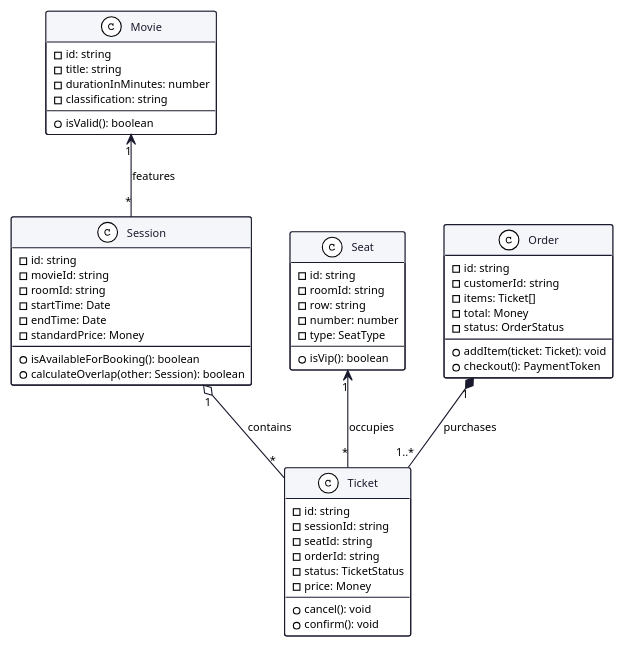
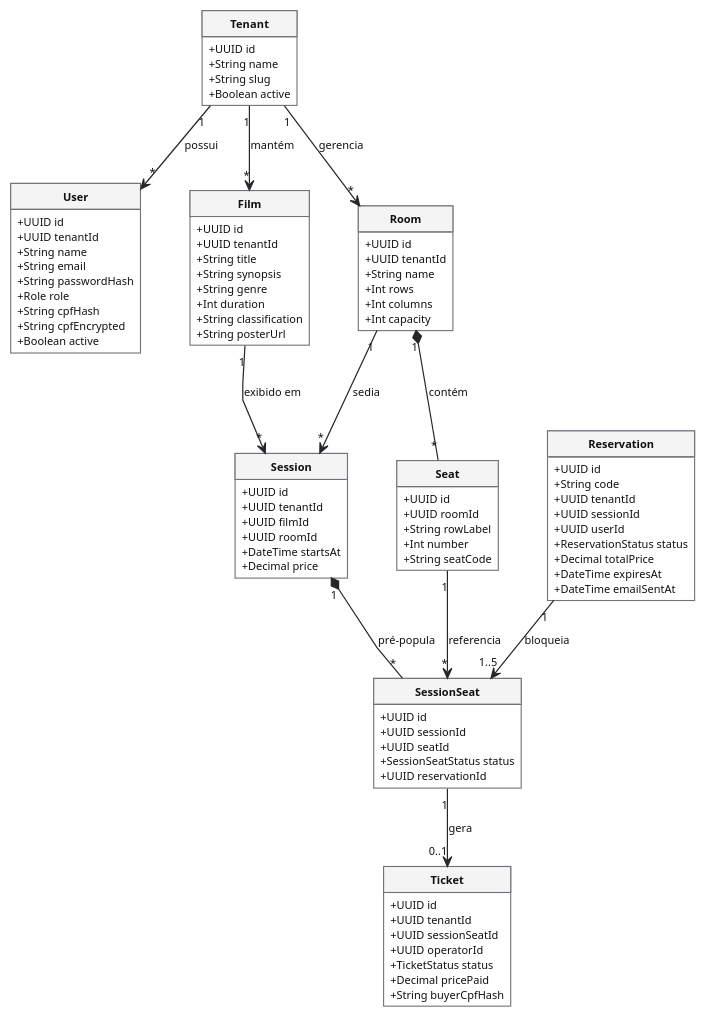
Before and after one commit to CINESOFT-SOLUTIONS/manual-processos-software: the diagram in assets/capitulo-05/diagramas/diagrama-classes-dominio.puml, drawn with PlantUML. The commit also changed 21 other files, not shown here.

Commit message:
Cap 5: Apenas 2 diagramas

```diff
--- a/assets/capitulo-05/diagramas/diagrama-classes-dominio.puml
+++ b/assets/capitulo-05/diagramas/diagrama-classes-dominio.puml
@@ -1,69 +1,134 @@
-@startuml diagrama-classes-dominio
-!theme plain
+@startuml
+top to bottom direction
+
+skinparam shadowing false
+skinparam roundCorner 0
 skinparam backgroundColor #FFFFFF
-skinparam defaultFontName Helvetica
-skinparam defaultFontSize 10
-skinparam roundCorner 4
-skinparam shadowing false
+skinparam defaultFontName "Arial"
+skinparam defaultFontSize 11
+skinparam defaultFontColor #111111
+
+skinparam nodesep 45
+skinparam ranksep 55
+skinparam linetype polyline
+skinparam classAttributeIconSize 0
+
+hide circle
+hide empty methods
+
 skinparam class {
-  BackgroundColor #FFFFFF
-  BorderColor #1A1A2E
-  ArrowColor #1A1A2E
-  FontColor #1A1A2E
-  HeaderBackgroundColor #F4F6F9
+    BackgroundColor #FFFFFF
+    HeaderBackgroundColor #F4F4F5
+    BorderColor #71717A
+    BorderThickness 1
+    FontColor #111111
+    FontStyle bold
+    AttributeFontColor #111111
+    AttributeFontSize 10
 }
 
-class Movie {
-  - id: string
-  - title: string
-  - durationInMinutes: number
-  - classification: string
-  + isValid(): boolean
+skinparam arrow {
+    Color #27272A
+    FontColor #111111
+    FontSize 10
+    Thickness 1.1
+}
+
+class Tenant {
+    +UUID id
+    +String name
+    +String slug
+    +Boolean active
+}
+
+class User {
+    +UUID id
+    +UUID tenantId
+    +String name
+    +String email
+    +String passwordHash
+    +Role role
+    +String cpfHash
+    +String cpfEncrypted
+    +Boolean active
+}
+
+class Film {
+    +UUID id
+    +UUID tenantId
+    +String title
+    +String synopsis
+    +String genre
+    +Int duration
+    +String classification
+    +String posterUrl
+}
+
+class Room {
+    +UUID id
+    +UUID tenantId
+    +String name
+    +Int rows
+    +Int columns
+    +Int capacity
+}
+
+class Seat {
+    +UUID id
+    +UUID roomId
+    +String rowLabel
+    +Int number
+    +String seatCode
 }
 
 class Session {
-  - id: string
-  - movieId: string
-  - roomId: string
-  - startTime: Date
-  - endTime: Date
-  - standardPrice: Money
-  + isAvailableForBooking(): boolean
-  + calculateOverlap(other: Session): boolean
+    +UUID id
+    +UUID tenantId
+    +UUID filmId
+    +UUID roomId
+    +DateTime startsAt
+    +Decimal price
 }
 
-class Seat {
-  - id: string
-  - roomId: string
-  - row: string
-  - number: number
-  - type: SeatType
-  + isVip(): boolean
+class SessionSeat {
+    +UUID id
+    +UUID sessionId
+    +UUID seatId
+    +SessionSeatStatus status
+    +UUID reservationId
+}
+
+class Reservation {
+    +UUID id
+    +String code
+    +UUID tenantId
+    +UUID sessionId
+    +UUID userId
+    +ReservationStatus status
+    +Decimal totalPrice
+    +DateTime expiresAt
+    +DateTime emailSentAt
 }
 
 class Ticket {
-  - id: string
-  - sessionId: string
-  - seatId: string
-  - orderId: string
-  - status: TicketStatus
-  - price: Money
-  + cancel(): void
-  + confirm(): void
+    +UUID id
+    +UUID tenantId
+    +UUID sessionSeatId
+    +UUID operatorId
+    +TicketStatus status
+    +Decimal pricePaid
+    +String buyerCpfHash
 }
 
-class Order {
-  - id: string
-  - customerId: string
-  - items: Ticket[]
-  - total: Money
-  - status: OrderStatus
-  + addItem(ticket: Ticket): void
-  + checkout(): PaymentToken
-}
+Tenant "1" --> "*" User : possui
+Tenant "1" --> "*" Film : mantém
+Tenant "1" --> "*" Room : gerencia
+Room "1" *-- "*" Seat : contém
+Film "1" --> "*" Session : exibido em
+Room "1" --> "*" Session : sedia
+Session "1" *-- "*" SessionSeat : pré-popula
+Seat "1" --> "*" SessionSeat : referencia
+Reservation "1" --> "1..5" SessionSeat : bloqueia
+SessionSeat "1" --> "0..1" Ticket : gera
 
-Session "1" o-- "*" Ticket : contains
-Order "1" *-- "1..*" Ticket : purchases
-Movie "1" <-- "*" Session : features
-Seat "1" <-- "*" Ticket : occupies
 @enduml
```
